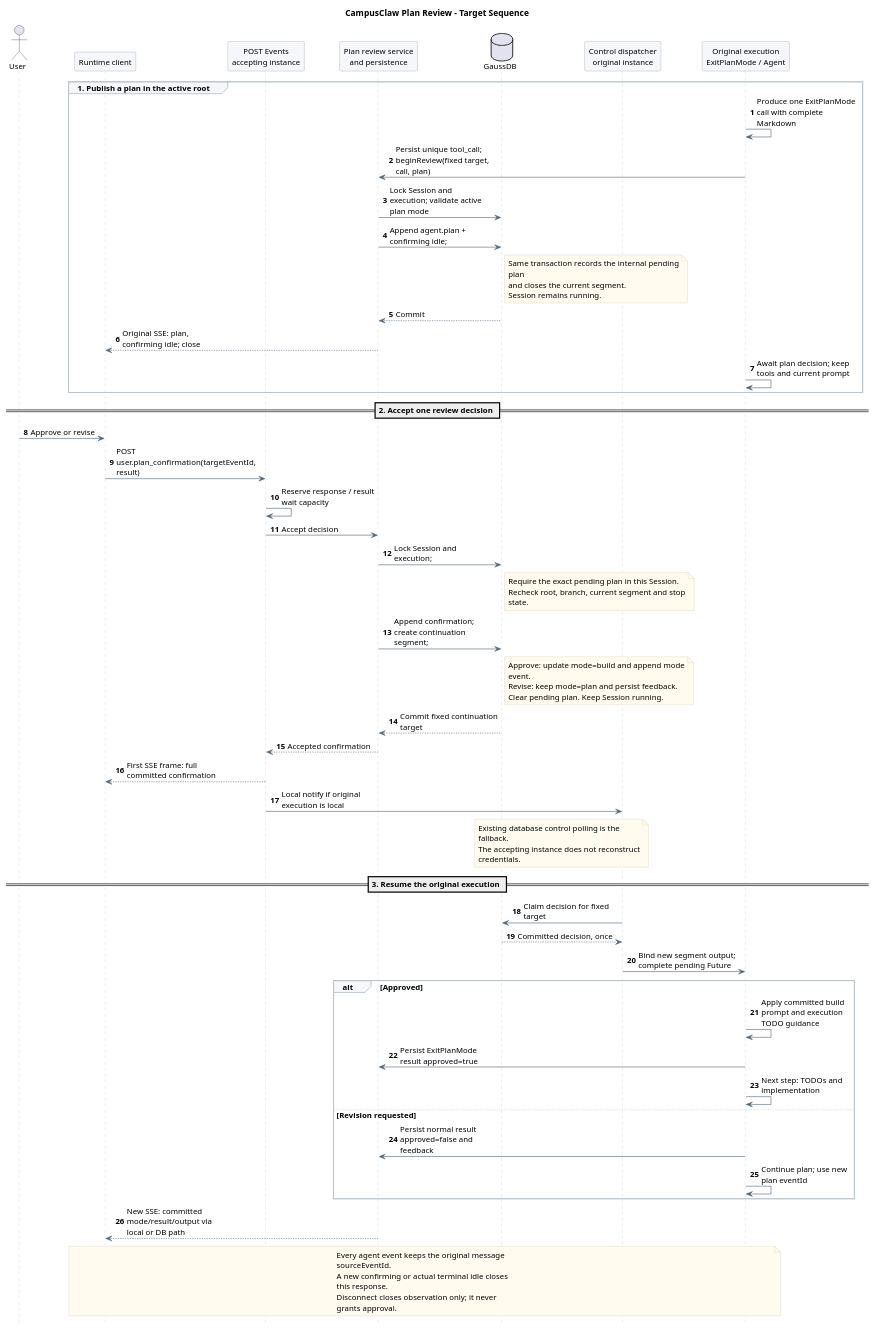
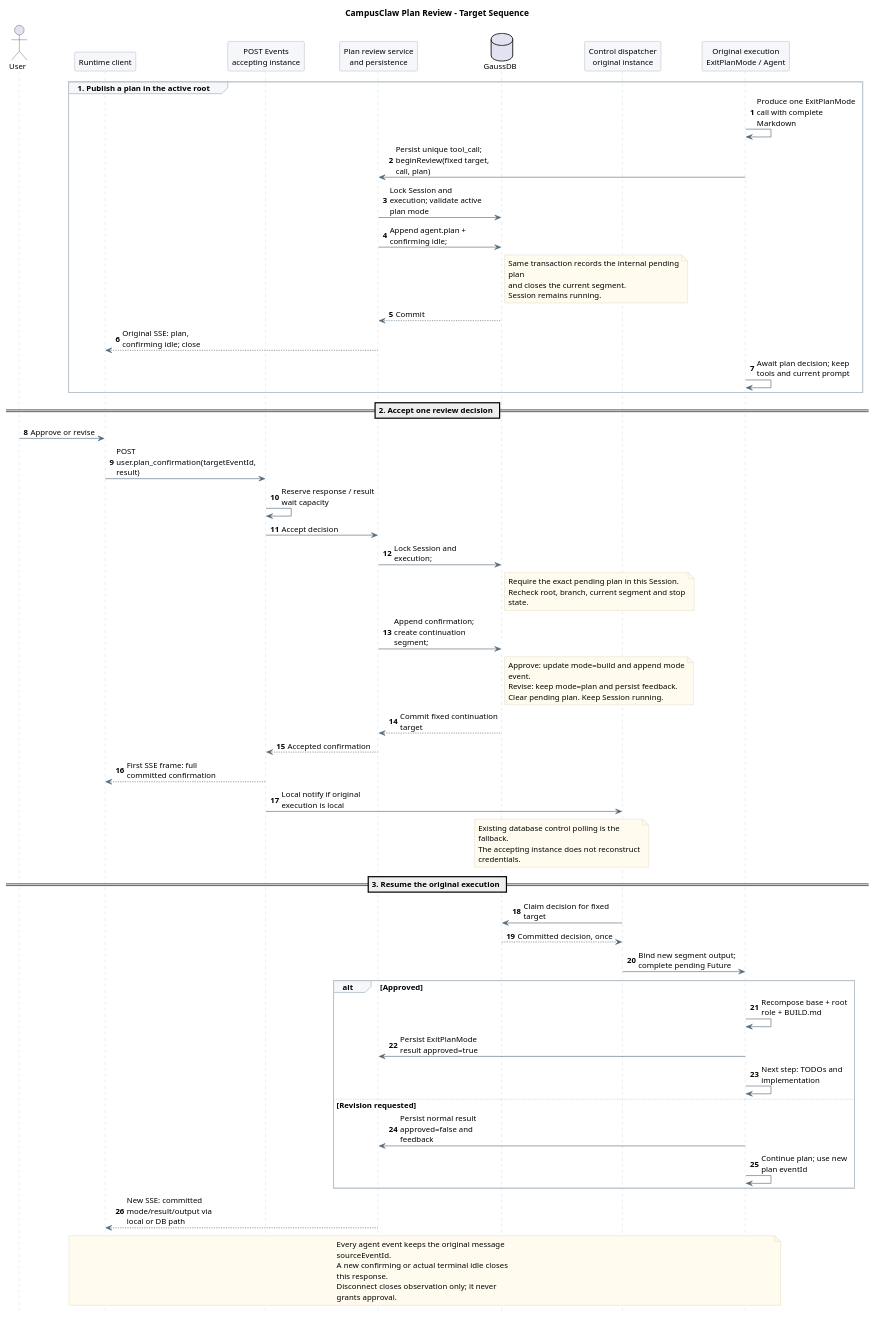
The second of 6 diagrams in 01-总体架构/06-CampusClaw计划模式/diagram.puml (ssm0808/pi-mono-java-design), drawn with PlantUML before and after one commit. The commit also changed other lines of this file and 13 other files, not shown here.

```diff
--- a/01-总体架构/06-CampusClaw计划模式/diagram.puml
+++ b/01-总体架构/06-CampusClaw计划模式/diagram.puml
@@ -275,99 +275,99 @@
 @startuml plan_mode_review_sequence
 skinparam backgroundColor white
 skinparam defaultFontName SansSerif
 skinparam defaultFontSize 13
 skinparam shadowing false
 skinparam sequenceMessageAlign left
 skinparam maxMessageSize 165
 skinparam sequenceArrowColor #526777
 skinparam sequenceLifeLineBorderColor #BAC4CC
 skinparam sequenceParticipantBackgroundColor #F5F7FA
 skinparam sequenceParticipantBorderColor #8496A4
 skinparam sequenceGroupBackgroundColor #F5F7FA
 skinparam sequenceGroupBorderColor #BAC4CC
 skinparam noteBackgroundColor #FFFBEF
 skinparam noteBorderColor #D2C6A5
 hide footbox
 autonumber
 ' Source baseline: pi-mono-java 09b32d8ea4a4b43b34be302d8b2745bdc417c9a2.
 ' Source: modules/coding-agent-cli/src/main/java/com/campusclaw/codingagent/runtimeapi/event/RuntimeControlEventService.java :: accept.
 ' Source: modules/coding-agent-cli/src/main/java/com/campusclaw/codingagent/runtimeapi/persistence/MyBatisRuntimeExecutionControlRepository.java :: markConfirming, acceptConfirmation, claimConfirmation.
 ' Source: modules/coding-agent-cli/src/main/java/com/campusclaw/codingagent/runtimeapi/runtime/RuntimeSessionControlDispatcher.java :: dispatchConfirmation.
 ' Observed behavior: tool confirmation closes one response and resumes through a new fixed segment.
 ' Design reason: target-only plan review reuses this transport and durable handoff.
 ' Java divergence: immutable plan event identity is the approval target; tool permissions remain separate.
 title CampusClaw Plan Review - Target Sequence
 actor User
 participant "Runtime client" as UI
 participant "POST Events\naccepting instance" as API
 participant "Plan review service\nand persistence" as Service
 database GaussDB as DB
 participant "Control dispatcher\noriginal instance" as Dispatcher
 participant "Original execution\nExitPlanMode / Agent" as Agent
 
 group 1. Publish a plan in the active root
   Agent -> Agent : Produce one ExitPlanMode call with complete Markdown
   Agent -> Service : Persist unique tool_call; beginReview(fixed target, call, plan)
   Service -> DB : Lock Session and execution; validate active plan mode
   Service -> DB : Append agent.plan + confirming idle;
   note right of DB
   Same transaction records the internal pending
   plan
   and closes the current segment.
   Session remains running.
   end note
   DB --> Service : Commit
   Service --> UI : Original SSE: plan, confirming idle; close
   Agent -> Agent : Await plan decision; keep tools and current prompt
 end
 
 == 2. Accept one review decision ==
 User -> UI : Approve or revise
 UI -> API : POST user.plan_confirmation(targetEventId, result)
 API -> API : Reserve response / result wait capacity
 API -> Service : Accept decision
 Service -> DB : Lock Session and execution;
 note right of DB
   Require the exact pending plan in this Session.
   Recheck root, branch, current segment and stop
   state.
 end note
 Service -> DB : Append confirmation; create continuation segment;
 note right of DB
   Approve: update mode=build and append mode
   event.
   Revise: keep mode=plan and persist feedback.
   Clear pending plan. Keep Session running.
 end note
 DB --> Service : Commit fixed continuation target
 Service --> API : Accepted confirmation
 API --> UI : First SSE frame: full committed confirmation
 API -> Dispatcher : Local notify if original execution is local
 note over DB,Dispatcher
   Existing database control polling is the
   fallback.
   The accepting instance does not reconstruct
   credentials.
 end note
 == 3. Resume the original execution ==
 Dispatcher -> DB : Claim decision for fixed target
 DB --> Dispatcher : Committed decision, once
 Dispatcher -> Agent : Bind new segment output; complete pending Future
 alt Approved
-  Agent -> Agent : Apply committed build prompt and execution TODO guidance
+  Agent -> Agent : Recompose base + root role + BUILD.md
   Agent -> Service : Persist ExitPlanMode result approved=true
   Agent -> Agent : Next step: TODOs and implementation
 else Revision requested
   Agent -> Service : Persist normal result approved=false and feedback
   Agent -> Agent : Continue plan; use new plan eventId
 end
 Service --> UI : New SSE: committed mode/result/output via local or DB path
 note over UI,Agent
   Every agent event keeps the original message
   sourceEventId.
   A new confirming or actual terminal idle closes
   this response.
   Disconnect closes observation only; it never
   grants approval.
 end note
 @enduml
```
